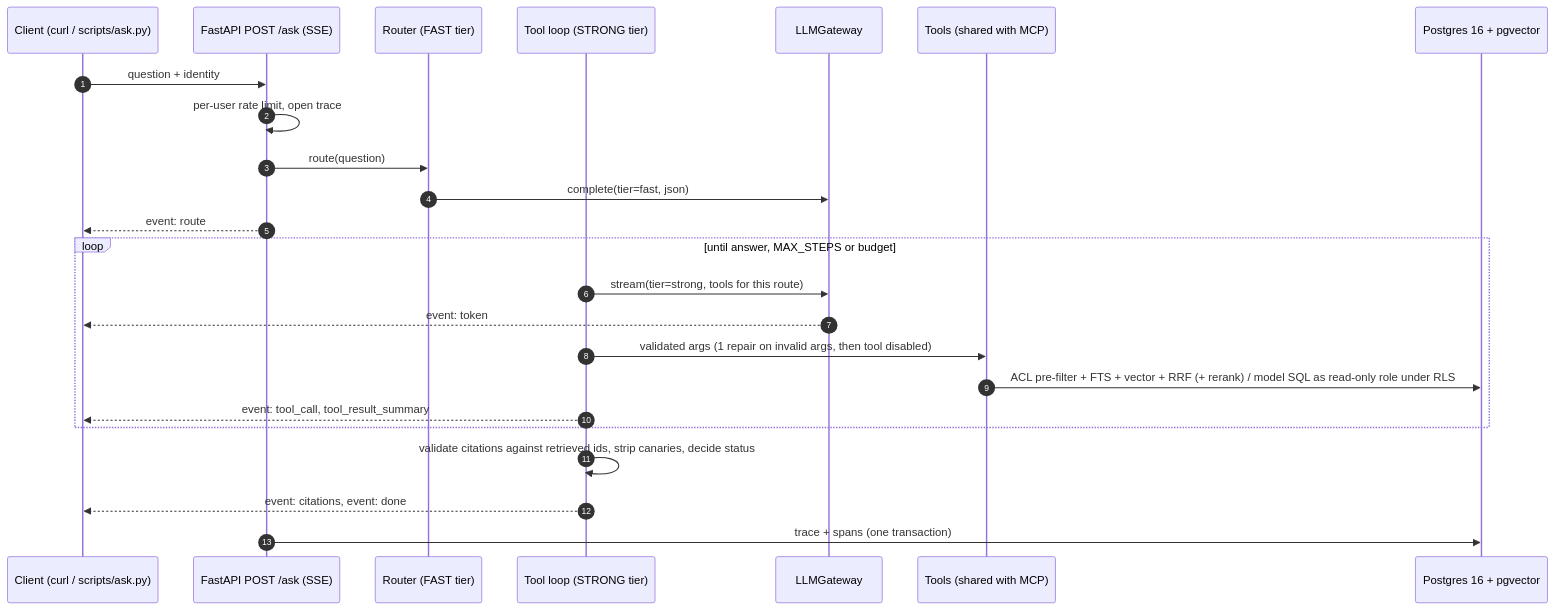
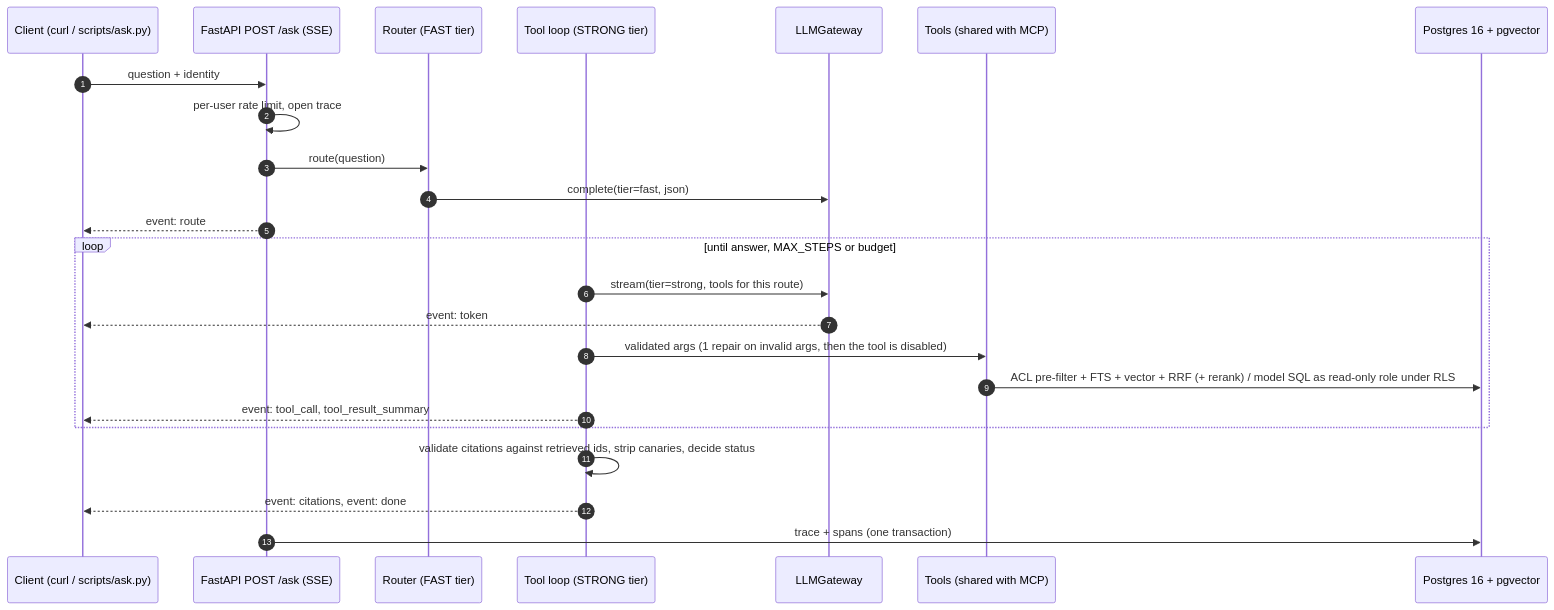
Before and after one commit to strixxjs/portfolio-copilot: the diagram in README.md, drawn with Mermaid. The commit also changed other lines of this file and 1 other file, not shown here.

````diff
--- a/README.md
+++ b/README.md
@@ -32,27 +57,27 @@
 ```mermaid
 sequenceDiagram
     autonumber
     participant C as Client (curl / scripts/ask.py)
     participant API as FastAPI POST /ask (SSE)
     participant RT as Router (FAST tier)
     participant L as Tool loop (STRONG tier)
     participant G as LLMGateway
     participant T as Tools (shared with MCP)
     participant PG as Postgres 16 + pgvector
 
     C->>API: question + identity
     API->>API: per-user rate limit, open trace
     API->>RT: route(question)
     RT->>G: complete(tier=fast, json)
     API-->>C: event: route
     loop until answer, MAX_STEPS or budget
         L->>G: stream(tier=strong, tools for this route)
         G-->>C: event: token
-        L->>T: validated args (1 repair on invalid args, then tool disabled)
+        L->>T: validated args (1 repair on invalid args, then the tool is disabled)
         T->>PG: ACL pre-filter + FTS + vector + RRF (+ rerank)  /  model SQL as read-only role under RLS
         L-->>C: event: tool_call, tool_result_summary
     end
     L->>L: validate citations against retrieved ids, strip canaries, decide status
     L-->>C: event: citations, event: done
     API->>PG: trace + spans (one transaction)
 ```
````
